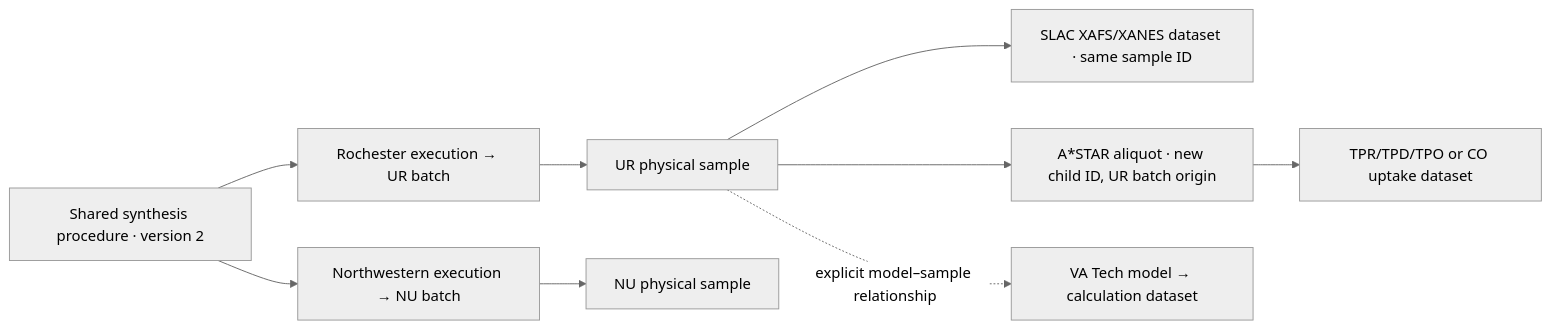
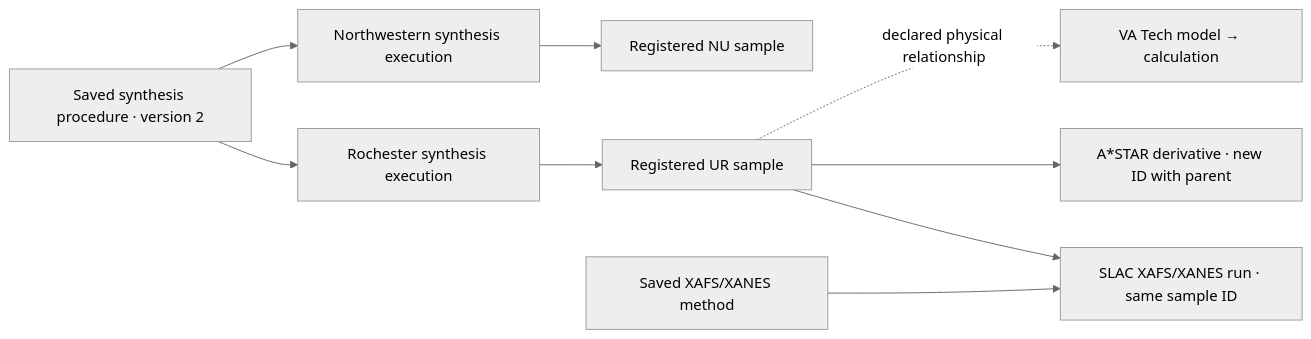
Before and after one commit to mporosoff/CATALYST: the diagram in docs/consortium-workflow.md, drawn with Mermaid (neutral theme). The commit also changed other lines of this file and 81 other files, not shown here.

````diff
--- a/docs/consortium-workflow.md
+++ b/docs/consortium-workflow.md
@@ -28,11 +27,11 @@
 ```mermaid
 flowchart LR
-    P["Shared synthesis procedure · version 2"] --> U["Rochester execution → UR batch"]
-    P --> N["Northwestern execution → NU batch"]
-    U --> US["UR physical sample"]
-    N --> NS["NU physical sample"]
-    US --> X["SLAC XAFS/XANES dataset · same sample ID"]
-    US --> A["A*STAR aliquot · new child ID, UR batch origin"]
-    A --> T["TPR/TPD/TPO or CO uptake dataset"]
-    US -. "explicit model–sample relationship" .-> V["VA Tech model → calculation dataset"]
+    P["Saved synthesis procedure · version 2"] --> U["Rochester synthesis execution"]
+    P --> N["Northwestern synthesis execution"]
+    U --> US["Registered UR sample"]
+    N --> NS["Registered NU sample"]
+    US --> X["SLAC XAFS/XANES run · same sample ID"]
+    M["Saved XAFS/XANES method"] --> X
+    US --> A["A*STAR derivative · new ID with parent"]
+    US -. "declared physical relationship" .-> V["VA Tech model → calculation"]
 ```
````
